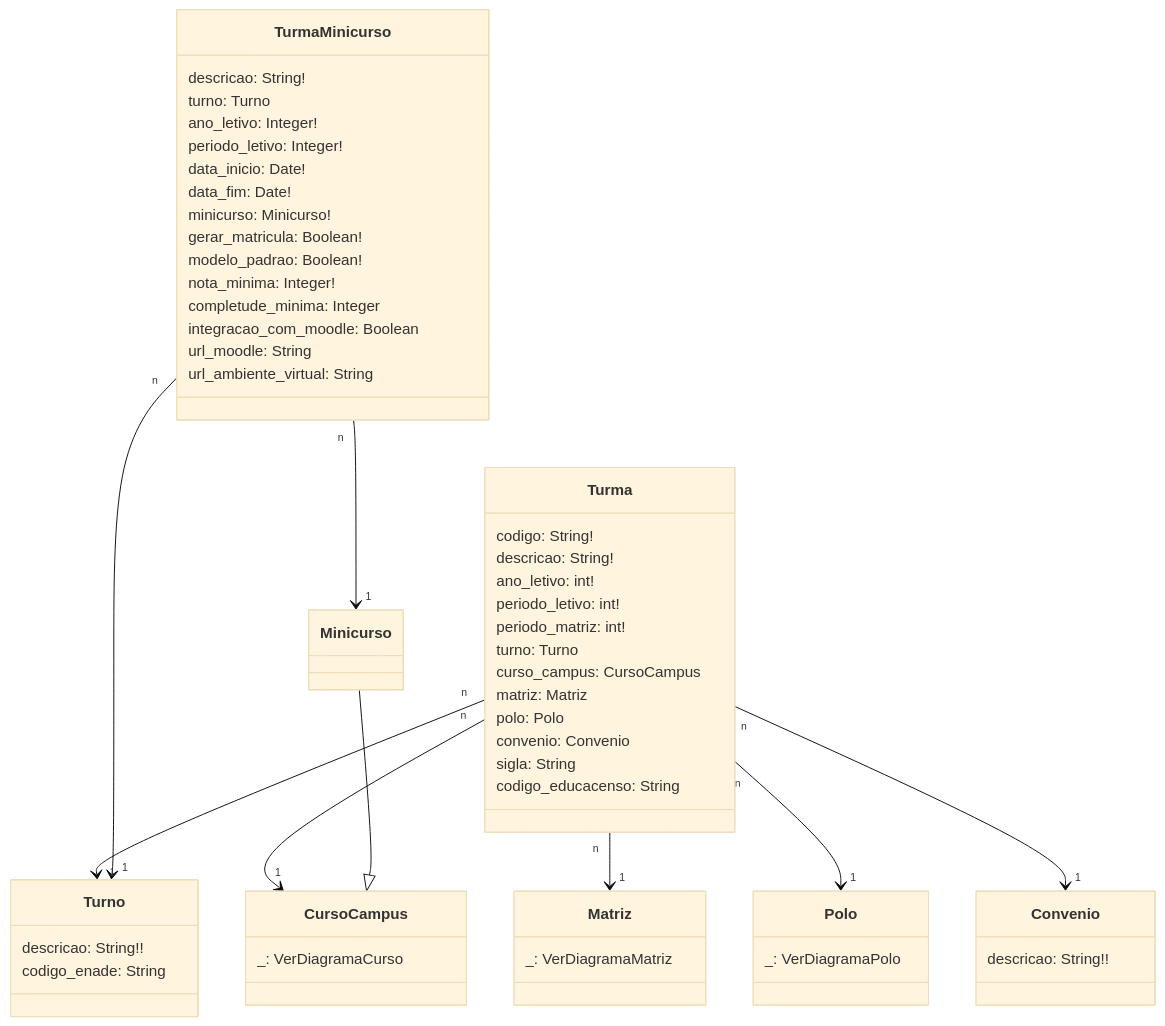
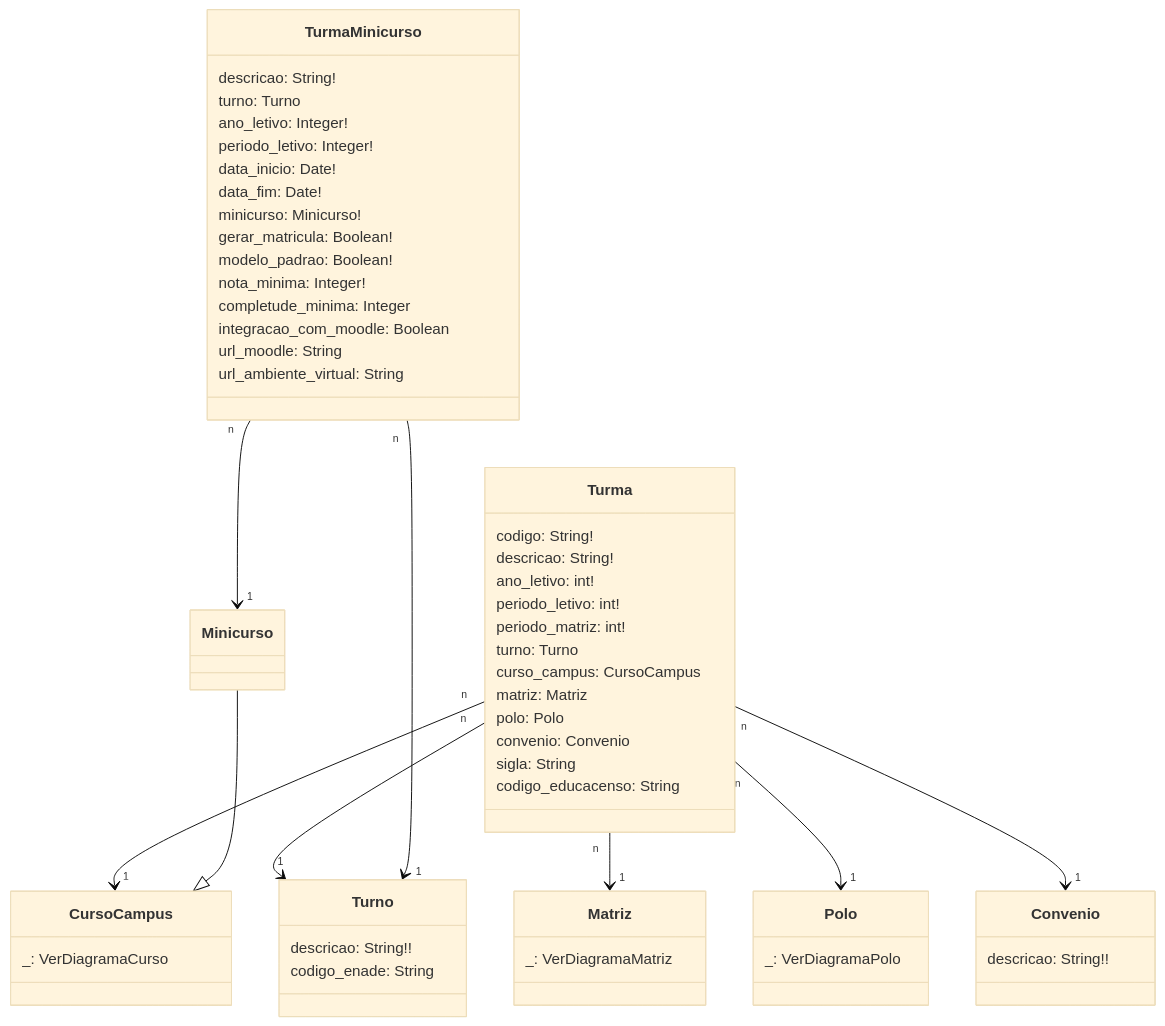
The diagram in suap/modelo_edu_turma.md (cte-zl-ifrn/cte-zl-ifrn.github.io), drawn with Mermaid (base theme) before and after one commit. The commit also changed other lines of this file, not shown here.

Commit message:
diagrama de turma

````diff
--- a/suap/modelo_edu_turma.md
+++ b/suap/modelo_edu_turma.md
@@ -5,64 +5,64 @@
 ```mermaid
 classDiagram
     class Turma{
         codigo: String!
         descricao: String!
         ano_letivo: int!
         periodo_letivo: int!
         periodo_matriz: int!
         turno: Turno
         curso_campus: CursoCampus
         matriz: Matriz
         polo: Polo
         convenio: Convenio
         sigla: String
         codigo_educacenso: String
     }
 
     class Turno{
         descricao: String!!
         codigo_enade: String
     }
     class CursoCampus {
         _: VerDiagramaCurso
     }
     class Matriz {
         _: VerDiagramaMatriz
     }
     class Polo {
         _: VerDiagramaPolo
     }
     class Convenio{
         descricao: String!!
     }
 
     class Minicurso {
     }
     class TurmaMinicurso{
         descricao: String!
         turno: Turno
         ano_letivo: Integer!
         periodo_letivo: Integer!
         data_inicio: Date!
         data_fim: Date!
         minicurso: Minicurso!
         gerar_matricula: Boolean!
         modelo_padrao: Boolean!
         nota_minima: Integer!
         completude_minima: Integer
         integracao_com_moodle: Boolean
         url_moodle: String
         url_ambiente_virtual: String
     }
 
     Turma  "n" --> "1" CursoCampus
     Turma "n" --> "1" Matriz
     Turma "n" --> "1" Polo
     Turma  "n" --> "1" Convenio
     Turma "n" --> "1" Turno
 
+    TurmaMinicurso "n" --> "1" Minicurso
     TurmaMinicurso "n" --> "1" Turno
-    TurmaMinicurso "n" --> "1" Minicurso
 
     Minicurso --|> CursoCampus
 ```
````
